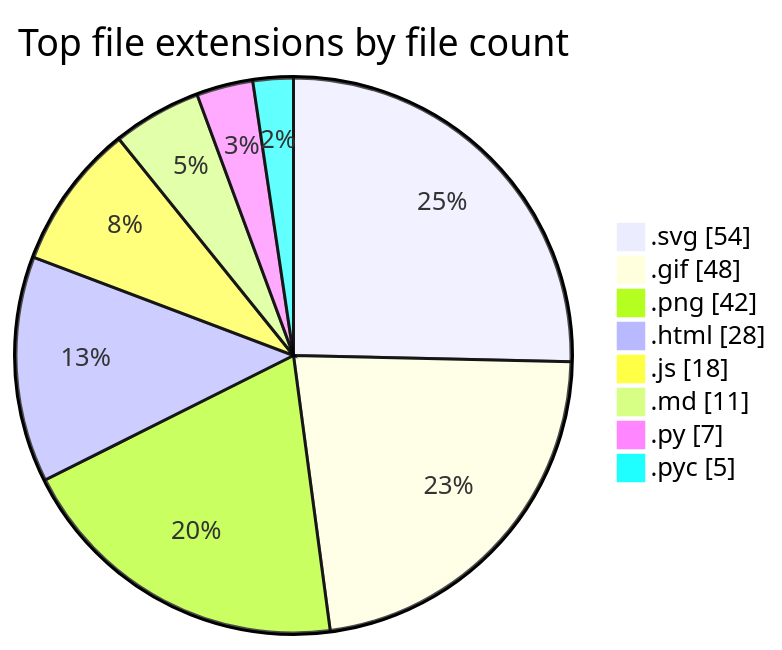
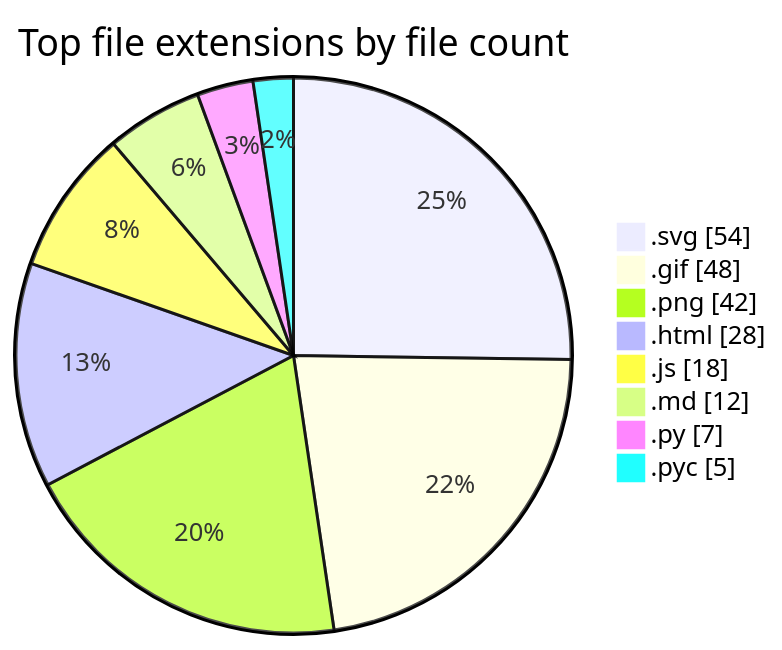
The second of 2 diagrams in README.md (tchinso/tchinso), drawn with Mermaid before and after one commit. The commit also changed other lines of this file, not shown here.

````diff
--- a/README.md
+++ b/README.md
@@ -50,12 +50,12 @@
 ```mermaid
 pie showData
     title Top file extensions by file count
     ".svg" : 54
     ".gif" : 48
     ".png" : 42
     ".html" : 28
     ".js" : 18
-    ".md" : 11
+    ".md" : 12
     ".py" : 7
     ".pyc" : 5
 ```
````
